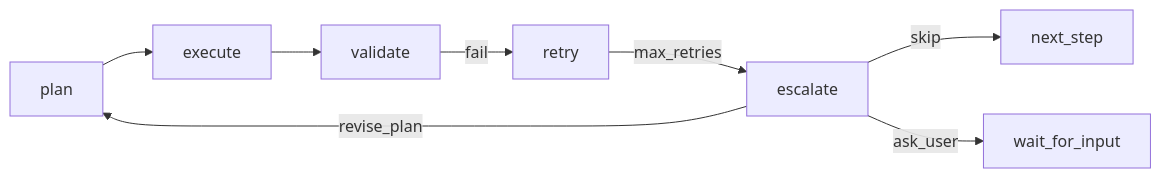
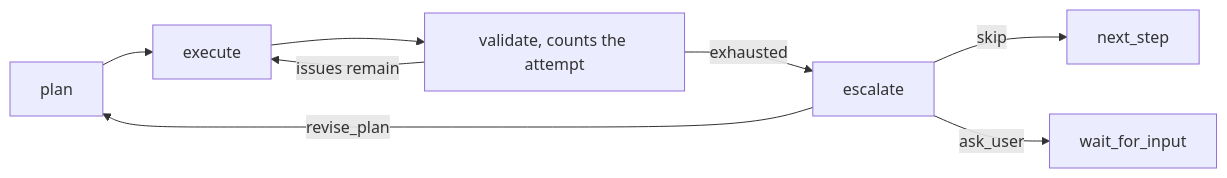
One commit to moira-mcp/moira changed the fourth of 4 diagrams in packages/mcp-server/src/help/content/guides/workflow-creation.md. Above: the diagram before and after it, drawn with Mermaid. The commit also changed other lines of this file and 338 other files, not shown here.

First line of the commit message:
feat(workflow): add N-output routing and unified diagrams (#236)

````diff
--- a/packages/mcp-server/src/help/content/guides/workflow-creation.md
+++ b/packages/mcp-server/src/help/content/guides/workflow-creation.md
@@ -738,10 +845,10 @@
 ```mermaid
 flowchart LR
     A[plan] --> B[execute]
-    B --> C[validate]
-    C -->|fail| D[retry]
-    D -->|max_retries| E[escalate]
+    B --> C[validate, counts the attempt]
+    C -->|issues remain| B
+    C -->|exhausted| E[escalate]
     E -->|revise_plan| A
     E -->|skip| F[next_step]
     E -->|ask_user| G[wait_for_input]
 ```
````
